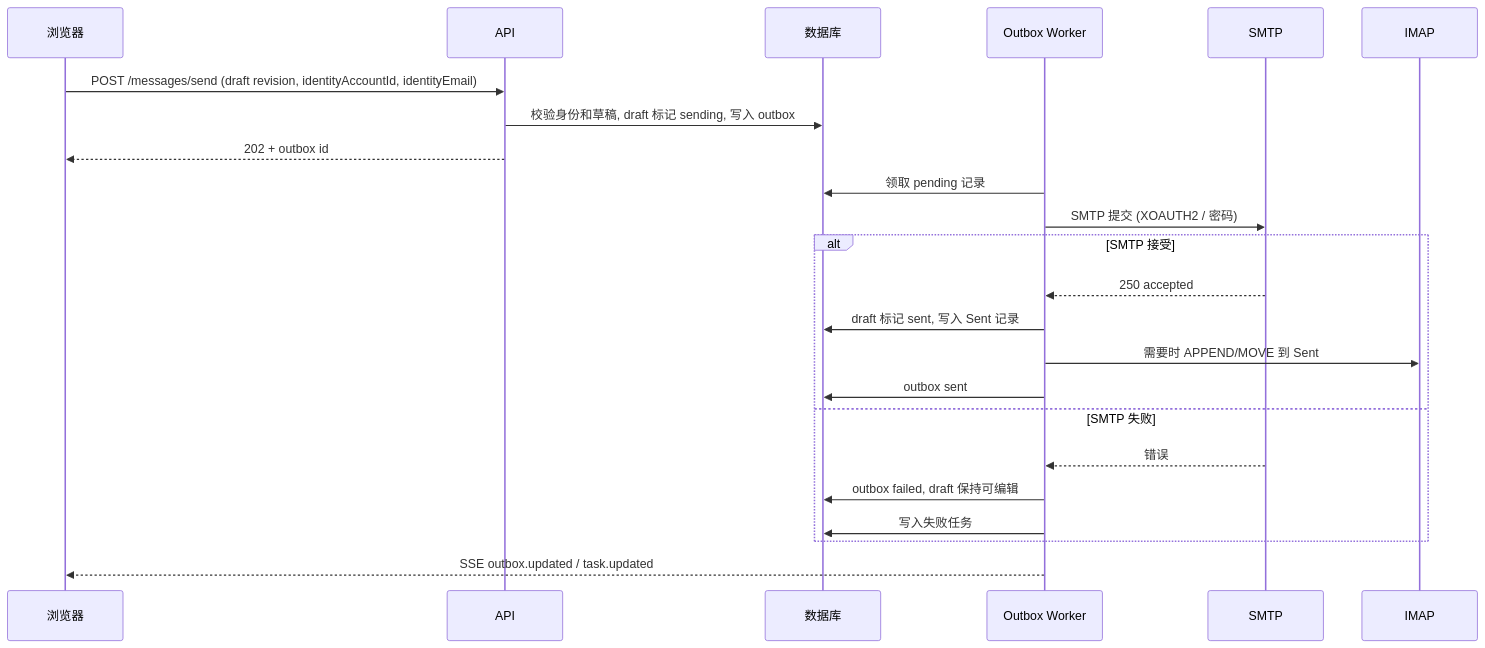
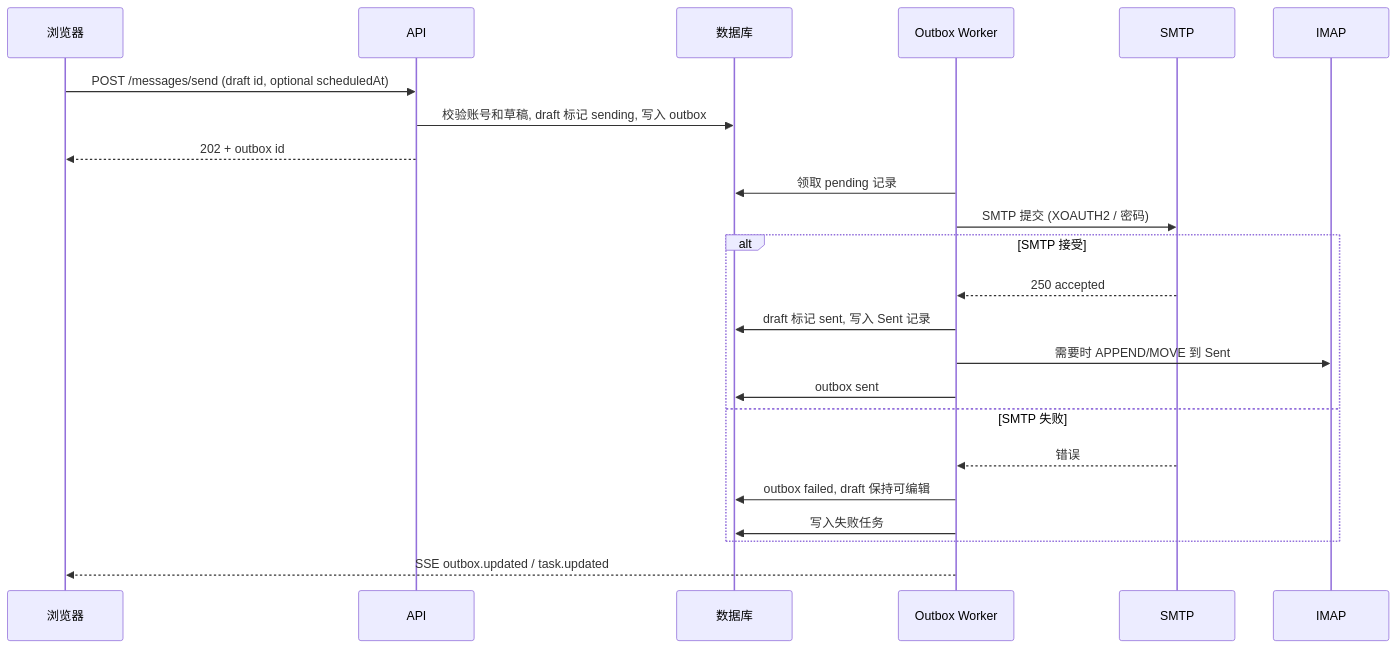
Before and after one commit to MailQuay/MailQuay: the third of 4 diagrams in docs/architecture.md, drawn with Mermaid. The commit also changed other lines of this file and 42 other files, not shown here.

````diff
--- a/docs/architecture.md
+++ b/docs/architecture.md
@@ -277,26 +278,26 @@
 ```mermaid
 sequenceDiagram
     participant U as 浏览器
     participant A as API
     participant D as 数据库
     participant O as Outbox Worker
     participant S as SMTP
     participant I as IMAP
 
-    U->>A: POST /messages/send (draft revision, identityAccountId, identityEmail)
-    A->>D: 校验身份和草稿, draft 标记 sending, 写入 outbox
+    U->>A: POST /messages/send (draft id, optional scheduledAt)
+    A->>D: 校验账号和草稿, draft 标记 sending, 写入 outbox
     A-->>U: 202 + outbox id
     O->>D: 领取 pending 记录
     O->>S: SMTP 提交 (XOAUTH2 / 密码)
     alt SMTP 接受
         S-->>O: 250 accepted
         O->>D: draft 标记 sent, 写入 Sent 记录
         O->>I: 需要时 APPEND/MOVE 到 Sent
         O->>D: outbox sent
     else SMTP 失败
         S-->>O: 错误
         O->>D: outbox failed, draft 保持可编辑
         O->>D: 写入失败任务
     end
     O-->>U: SSE outbox.updated / task.updated
 ```
````
